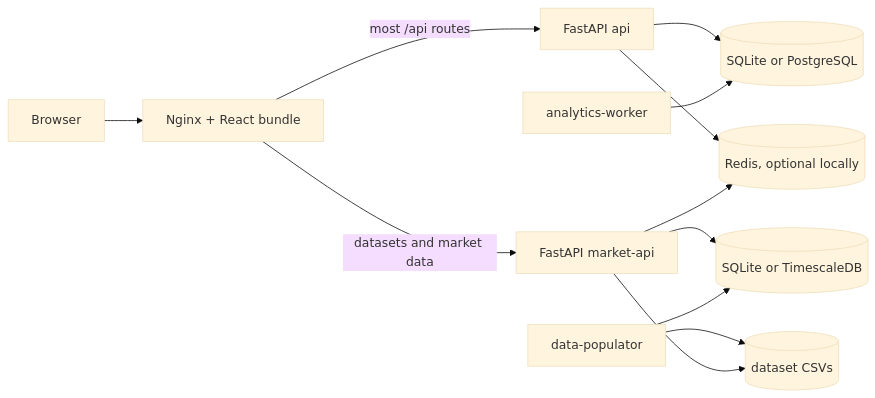
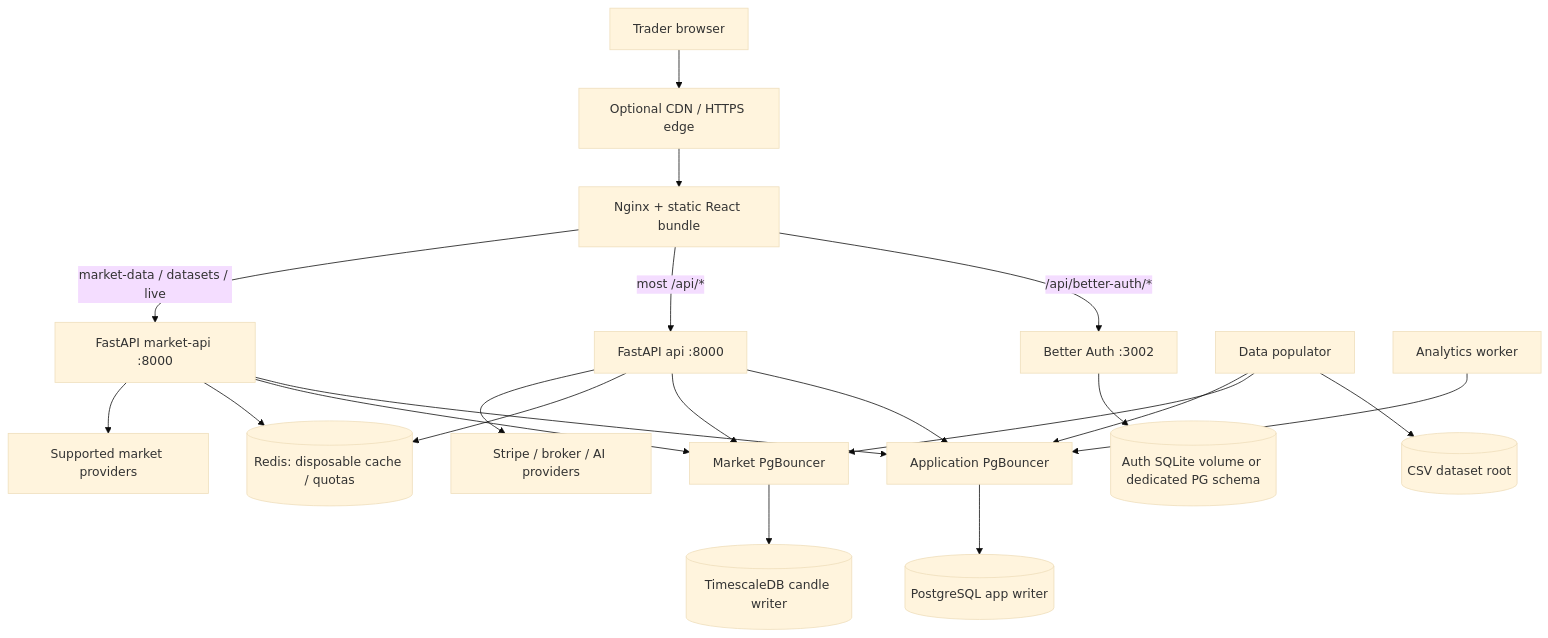
The first of 4 diagrams in docs/architecture.md (SaiDheerajPeketi/EdgeLab), drawn with Mermaid (base theme) before and after one commit. The commit also changed other lines of this file and 31 other files, not shown here.

Commit message:
docs: document architecture and upgrade workflows

````diff
--- a/docs/architecture.md
+++ b/docs/architecture.md
@@ -5,14 +9,23 @@
 ```mermaid
-flowchart LR
-    Browser --> Nginx[Nginx + React bundle]
-    Nginx -->|most /api routes| API[FastAPI api]
-    Nginx -->|datasets and market data| MarketAPI[FastAPI market-api]
-    API --> AppDB[(SQLite or PostgreSQL)]
-    MarketAPI --> MarketDB[(SQLite or TimescaleDB)]
-    API --> Redis[(Redis, optional locally)]
-    MarketAPI --> Redis
-    Populator[data-populator] --> DatasetFiles[(dataset CSVs)]
-    Populator --> MarketDB
-    Analytics[analytics-worker] --> AppDB
-    MarketAPI --> DatasetFiles
+flowchart TB
+    Trader[Trader browser] --> CDN[Optional CDN / HTTPS edge]
+    CDN --> Web[Nginx + static React bundle]
+    Web -->|/api/better-auth/*| Auth[Better Auth :3002]
+    Web -->|most /api/*| API[FastAPI api :8000]
+    Web -->|market-data / datasets / live| Market[FastAPI market-api :8000]
+    API --> AppPool[Application PgBouncer]
+    Market --> AppPool
+    API --> CandlePool[Market PgBouncer]
+    Market --> CandlePool
+    AppPool --> AppSQL[(PostgreSQL app writer)]
+    CandlePool --> CandleSQL[(TimescaleDB candle writer)]
+    Auth --> Sessions[(Auth SQLite volume or dedicated PG schema)]
+    API --> Cache[(Redis: disposable cache / quotas)]
+    Market --> Cache
+    Populator[Data populator] --> CSV[(CSV dataset root)]
+    Populator --> CandlePool
+    Populator --> AppPool
+    Analytics[Analytics worker] --> AppPool
+    API --> Providers[Stripe / broker / AI providers]
+    Market --> Feeds[Supported market providers]
 ```
````
